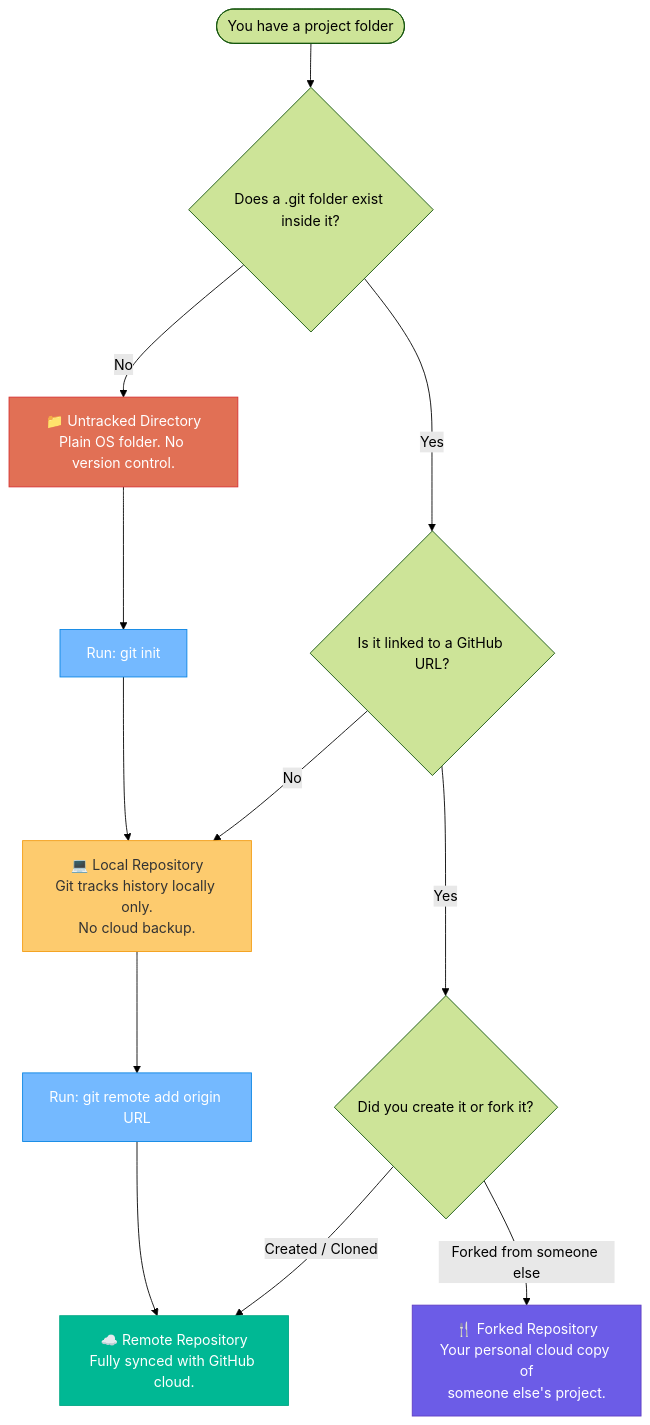
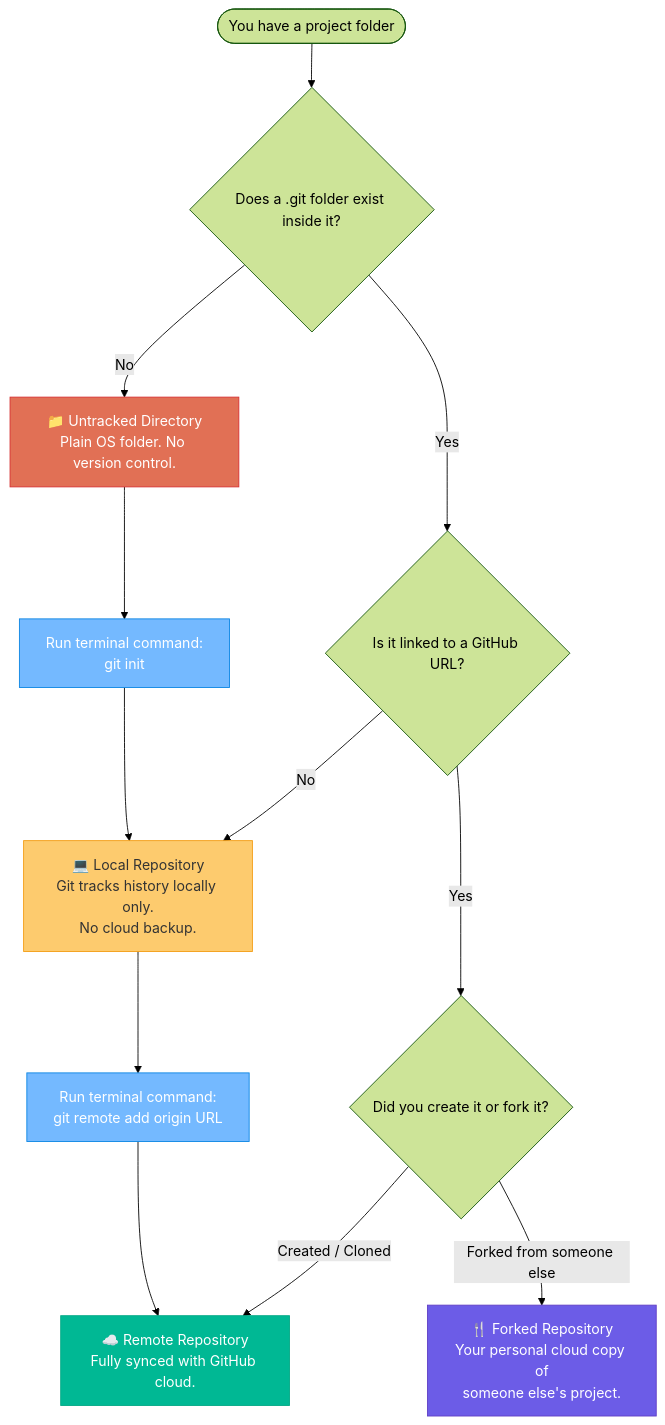
The fifth of 22 diagrams in github/README.md (bharathkumar000/guides), drawn with Mermaid (forest theme) before and after one commit. The commit also changed other lines of this file, not shown here.

````diff
--- a/github/README.md
+++ b/github/README.md
@@ -125,22 +125,22 @@
 ```mermaid
 flowchart TD
     Start(["You have a project folder"]) --> Q1{"Does a .git folder exist inside it?"}
     Q1 -->|No| Untracked["📁 Untracked Directory\nPlain OS folder. No version control."]
     Q1 -->|Yes| Q2{"Is it linked to a GitHub URL?"}
     Q2 -->|No| Local["💻 Local Repository\nGit tracks history locally only.\nNo cloud backup."]
     Q2 -->|Yes| Q3{"Did you create it or fork it?"}
     Q3 -->|"Created / Cloned"| Remote["☁️ Remote Repository\nFully synced with GitHub cloud."]
     Q3 -->|"Forked from someone else"| Forked["🍴 Forked Repository\nYour personal cloud copy of\nsomeone else's project."]
 
-    Untracked --> Action1["Run: git init"]
+    Untracked --> Action1["Run terminal command:\ngit init"]
     Action1 --> Local
-    Local --> Action2["Run: git remote add origin URL"]
+    Local --> Action2["Run terminal command:\ngit remote add origin URL"]
     Action2 --> Remote
 
     style Untracked fill:#e17055,stroke:#d63031,color:#fff
     style Local fill:#fdcb6e,stroke:#f39c12,color:#333
     style Remote fill:#00b894,stroke:#00a884,color:#fff
     style Forked fill:#6c5ce7,stroke:#5f3dc4,color:#fff
     style Action1 fill:#74b9ff,stroke:#0984e3,color:#fff
     style Action2 fill:#74b9ff,stroke:#0984e3,color:#fff
 ```
````
